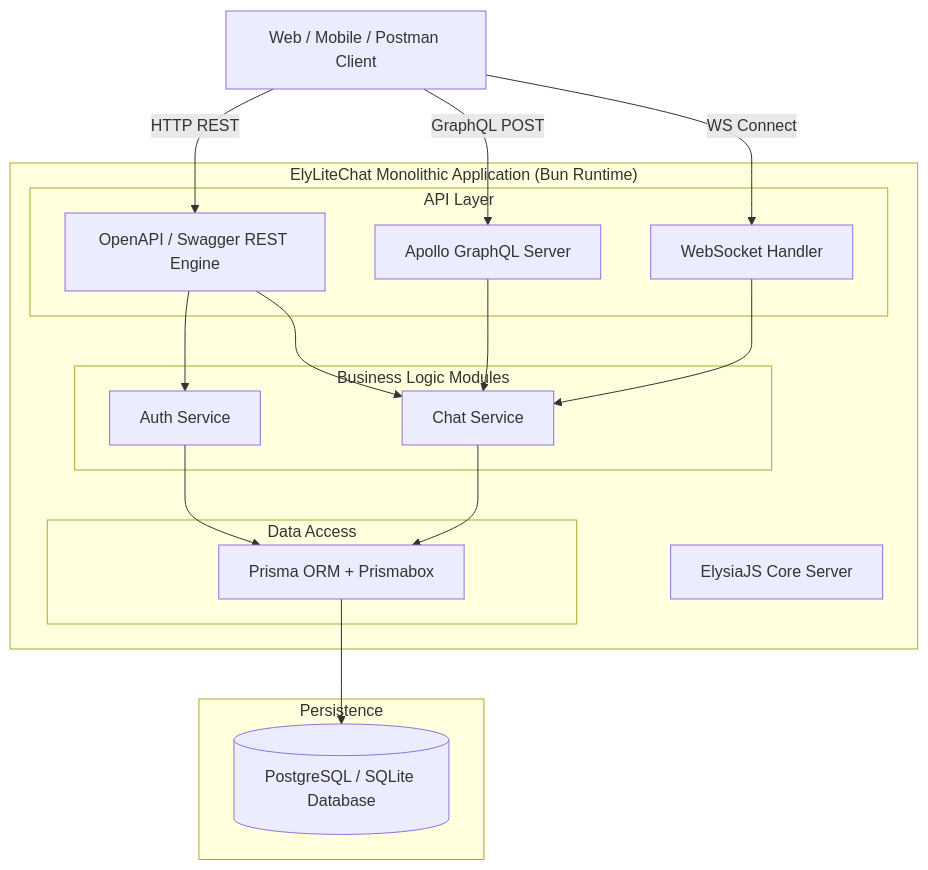
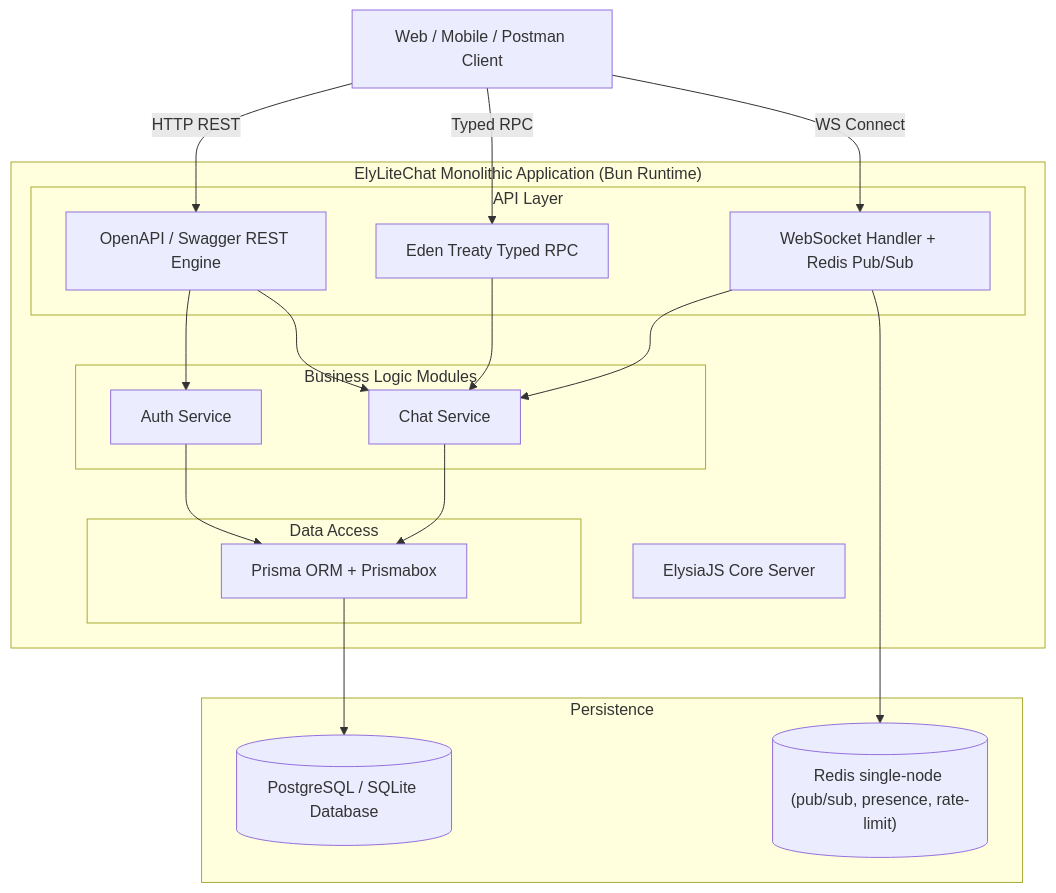
One commit to Reinvy/elysia-elylitechat changed the first of 2 diagrams in PRD.md. Above: the diagram before and after it, drawn with Mermaid. The commit also changed other lines of this file and 6 other files, not shown here.

First line of the commit message:
refactor: update PRD and documentation to reflect removal of GraphQL/Apollo in favor of Eden Treaty and Redis pub/sub

````diff
--- a/PRD.md
+++ b/PRD.md
@@ -38,40 +47,42 @@
 ```mermaid
 graph TD
     Client["Web / Mobile / Postman Client"]
     
     subgraph "ElyLiteChat Monolithic Application (Bun Runtime)"
         Elysia["ElysiaJS Core Server"]
         
         subgraph "API Layer"
             OpenAPI["OpenAPI / Swagger REST Engine"]
-            Apollo["Apollo GraphQL Server"]
-            WS["WebSocket Handler"]
+            Eden["Eden Treaty Typed RPC"]
+            WS["WebSocket Handler + Redis Pub/Sub"]
         end
         
         subgraph "Business Logic Modules"
             AuthMod["Auth Service"]
             ChatMod["Chat Service"]
         end
         
         subgraph "Data Access"
             PrismaClient["Prisma ORM + Prismabox"]
         end
     end
     
     subgraph "Persistence"
         DB[("PostgreSQL / SQLite Database")]
+        Redis[("Redis single-node (pub/sub, presence, rate-limit)")]
     end
     
     Client -->|HTTP REST| OpenAPI
-    Client -->|GraphQL POST| Apollo
+    Client -->|Typed RPC| Eden
     Client -->|WS Connect| WS
     
     OpenAPI --> AuthMod
     OpenAPI --> ChatMod
-    Apollo --> ChatMod
+    Eden --> ChatMod
     WS --> ChatMod
+    WS --> Redis
     
     AuthMod --> PrismaClient
     ChatMod --> PrismaClient
     PrismaClient --> DB
 ```
````
